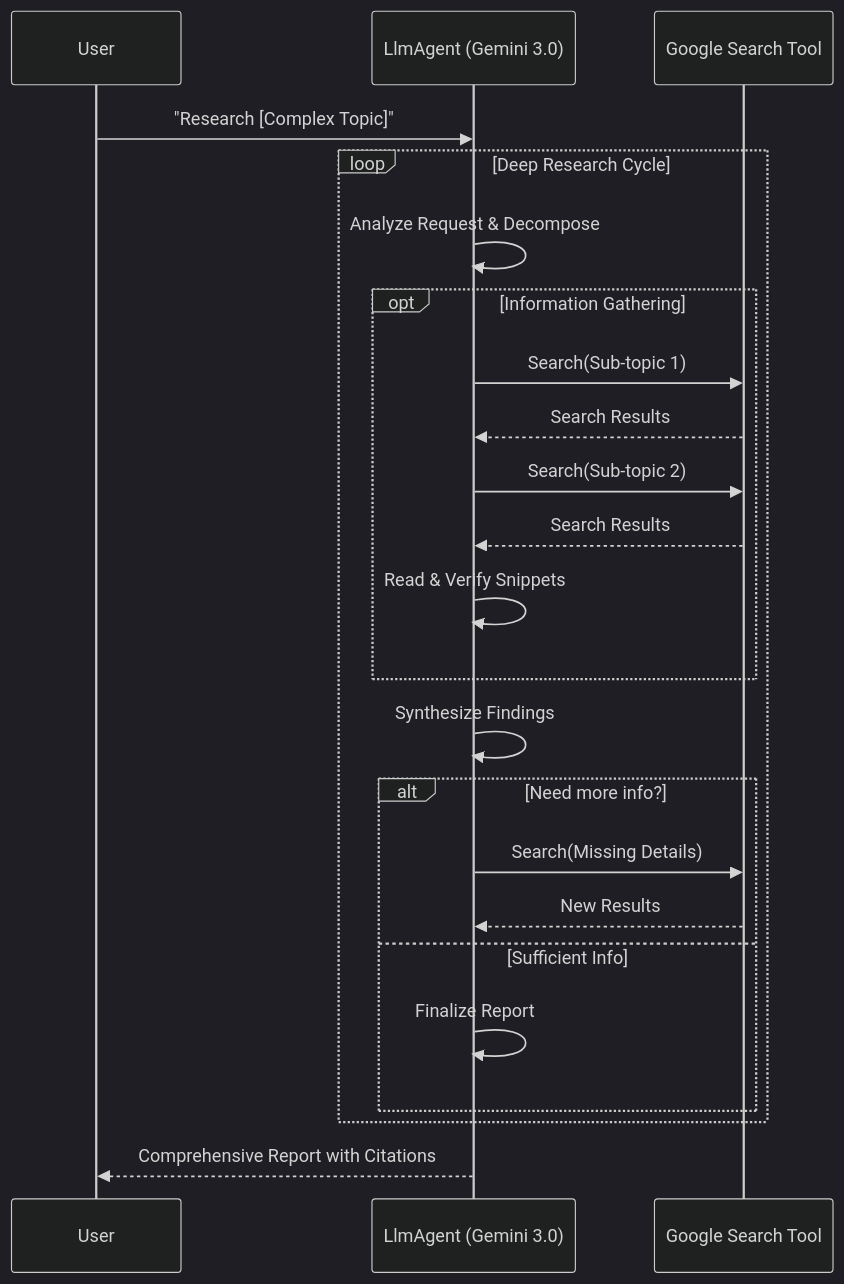
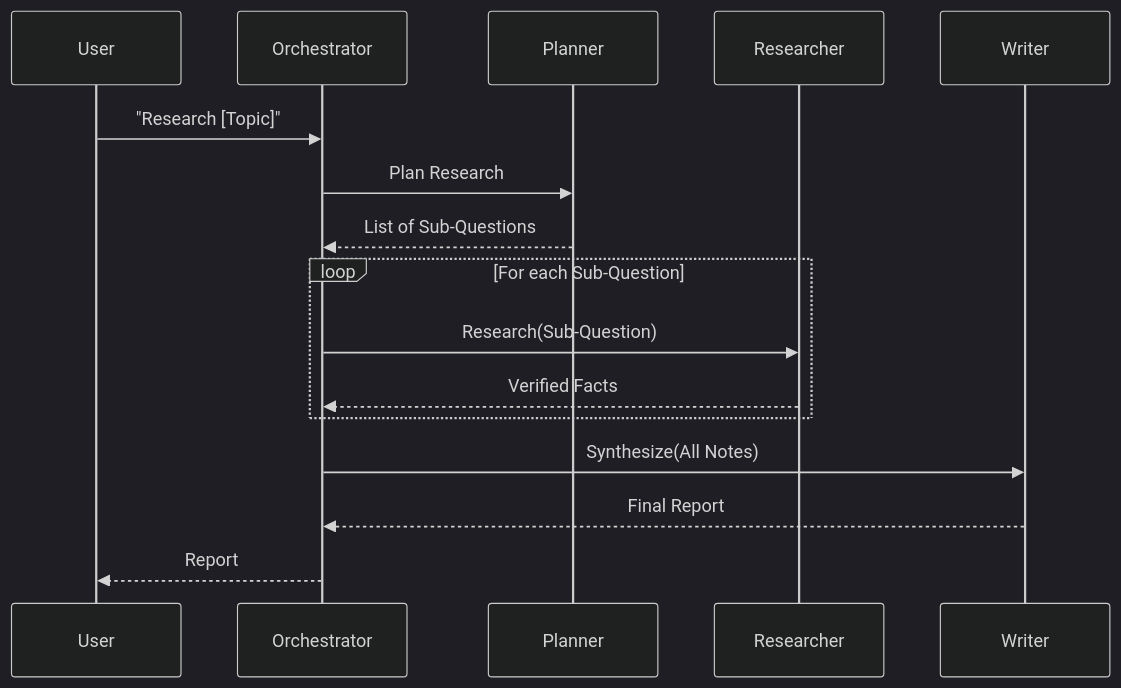
One commit to ic3land3r/Deep-Research-for-CLI changed the second of 2 diagrams in README.md. Above: the diagram before and after it, drawn with Mermaid (dark theme). The commit also changed other lines of this file and 9 other files, not shown here.

Commit message:
Implement Cycle 1: Hierarchical Planner-Executor Architecture

````diff
--- a/README.md
+++ b/README.md
@@ -43,31 +47,21 @@
 ```mermaid
 sequenceDiagram
     participant User
-    participant Agent as LlmAgent (Gemini 3.0)
-    participant Tool as Google Search Tool
+    participant Orchestrator
+    participant Planner
+    participant Researcher
+    participant Writer
     
-    User->>Agent: "Research [Complex Topic]"
+    User->>Orchestrator: "Research [Topic]"
+    Orchestrator->>Planner: Plan Research
+    Planner-->>Orchestrator: List of Sub-Questions
     
-    loop Deep Research Cycle
-        Agent->>Agent: Analyze Request & Decompose
-        
-        opt Information Gathering
-            Agent->>Tool: Search(Sub-topic 1)
-            Tool-->>Agent: Search Results
-            Agent->>Tool: Search(Sub-topic 2)
-            Tool-->>Agent: Search Results
-            Agent->>Agent: Read & Verify Snippets
-        end
-        
-        Agent->>Agent: Synthesize Findings
-        
-        alt Need more info?
-            Agent->>Tool: Search(Missing Details)
-            Tool-->>Agent: New Results
-        else Sufficient Info
-            Agent->>Agent: Finalize Report
-        end
+    loop For each Sub-Question
+        Orchestrator->>Researcher: Research(Sub-Question)
+        Researcher-->>Orchestrator: Verified Facts
     end
     
-    Agent-->>User: Comprehensive Report with Citations
+    Orchestrator->>Writer: Synthesize(All Notes)
+    Writer-->>Orchestrator: Final Report
+    Orchestrator-->>User: Report
 ```
````
